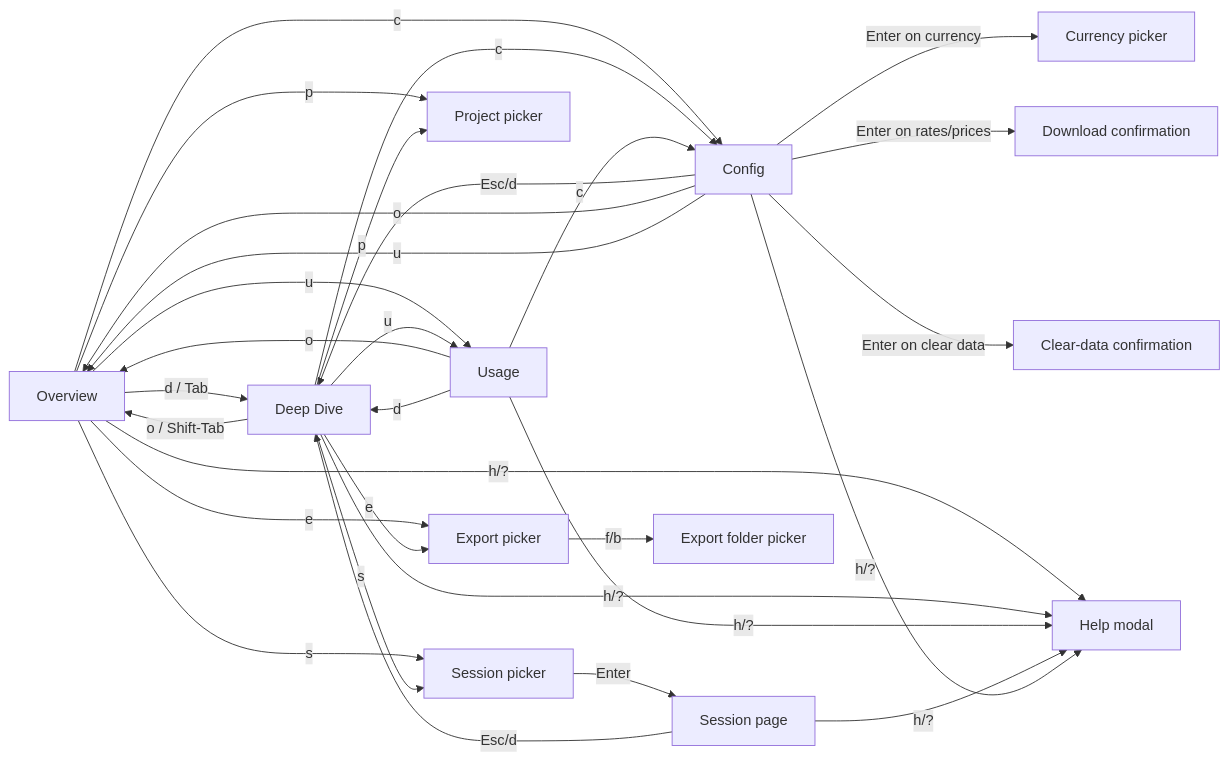
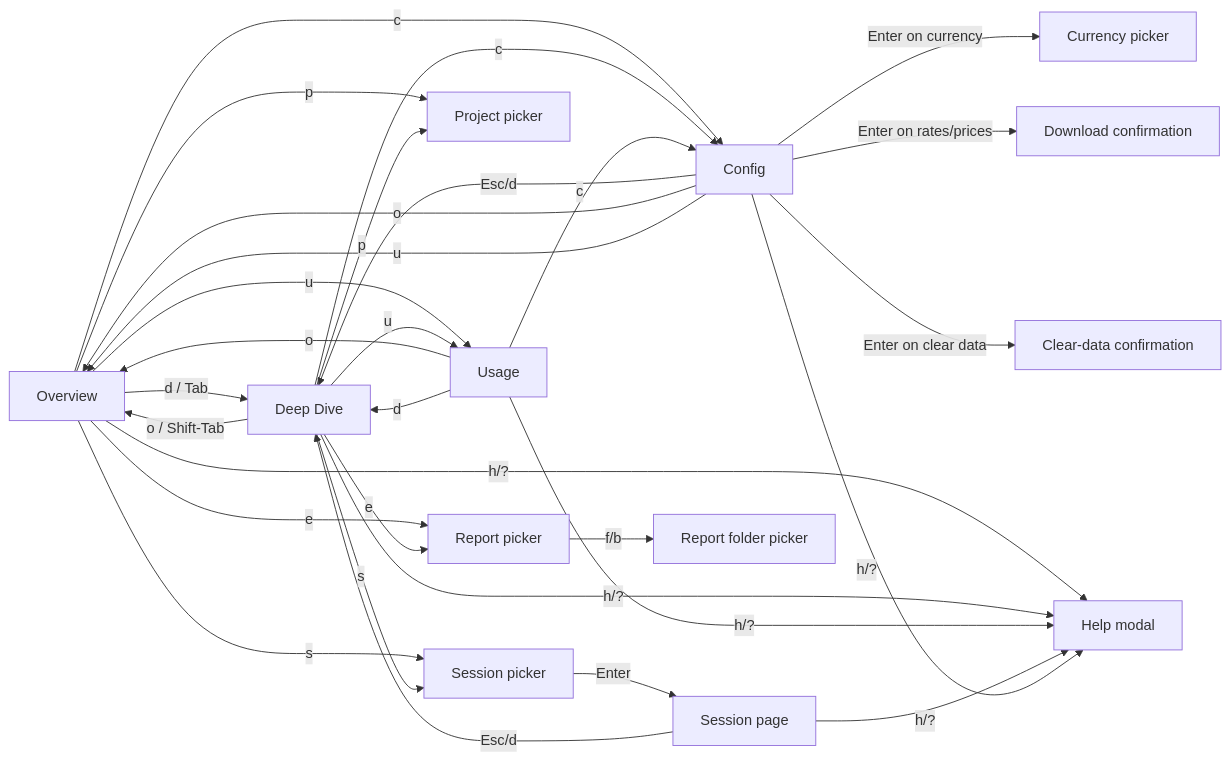
Before and after one commit to russmckendrick/tokenuse: the third of 4 diagrams in docs/development/architecture.md, drawn with Mermaid. The commit also changed other lines of this file and 26 other files, not shown here.

````diff
--- a/docs/development/architecture.md
+++ b/docs/development/architecture.md
@@ -95,32 +95,32 @@
 ```mermaid
 flowchart LR
     O[Overview] -- d / Tab --> DD[Deep Dive]
     O -- u --> U[Usage]
     O -- c --> Cfg[Config]
     O -- s --> SP[Session picker]
     SP -- Enter --> Sess[Session page]
     DD -- o / Shift-Tab --> O
     DD -- u --> U
     DD -- s --> SP
     DD -- c --> Cfg
     U -- o --> O
     U -- d --> DD
     U -- c --> Cfg
     Cfg -- Esc/d --> DD
     Cfg -- o --> O
     Cfg -- u --> O
     Sess -- Esc/d --> DD
     O -- p --> Pick[Project picker]
     DD -- p --> Pick
-    O -- e --> Exp[Export picker]
+    O -- e --> Exp[Report picker]
     DD -- e --> Exp
-    Exp -- f/b --> FPick[Export folder picker]
+    Exp -- f/b --> FPick[Report folder picker]
     Cfg -- Enter on currency --> Curr[Currency picker]
     Cfg -- Enter on rates/prices --> DL[Download confirmation]
     Cfg -- Enter on clear data --> Clear[Clear-data confirmation]
     O -- h/? --> Help[Help modal]
     DD -- h/? --> Help
     U -- h/? --> Help
     Sess -- h/? --> Help
     Cfg -- h/? --> Help
 ```
````
